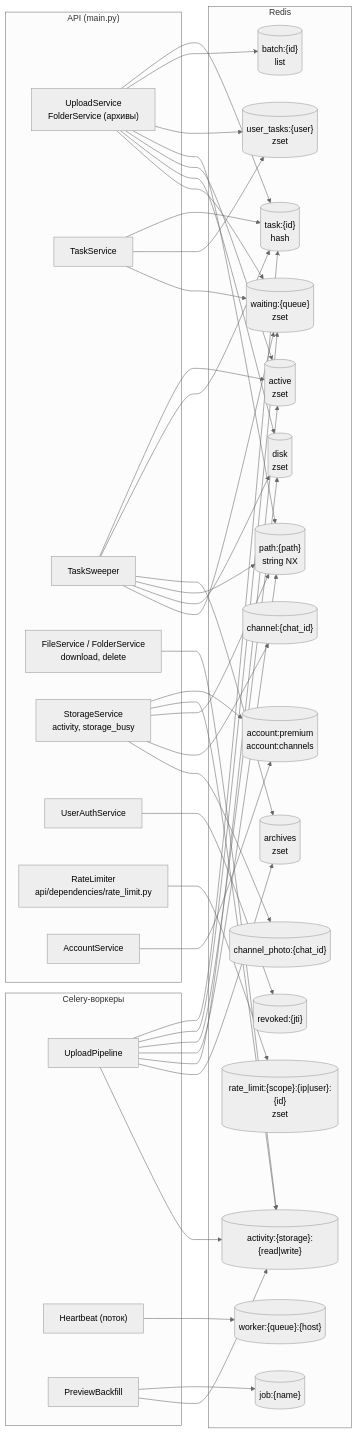
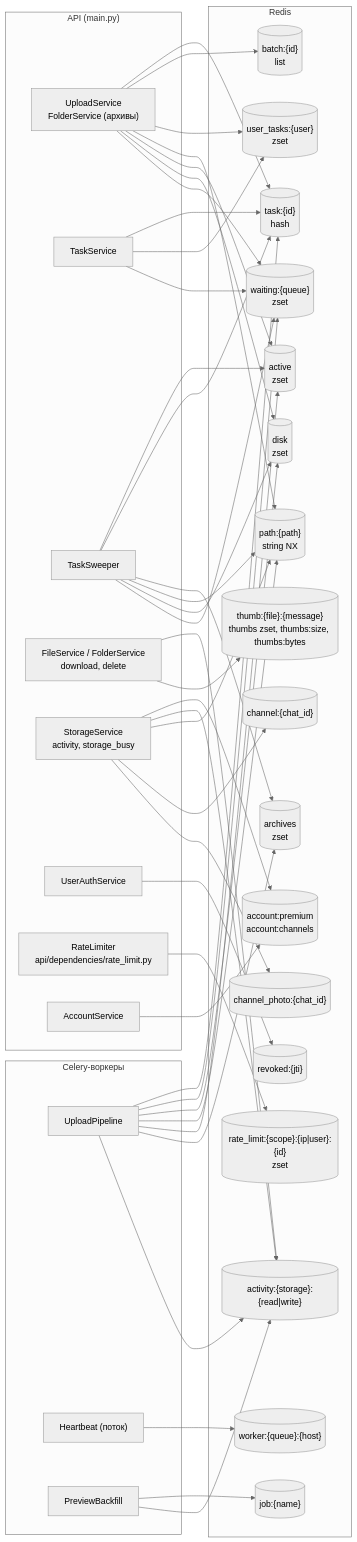
The diagram in docs/redis.md (NikitkaZXC/tcloud-backend), drawn with Mermaid (neutral theme) before and after one commit. The commit also changed other lines of this file and 9 other files, not shown here.

````diff
--- a/docs/redis.md
+++ b/docs/redis.md
@@ -11,48 +12,49 @@
 ```mermaid
 flowchart LR
     subgraph api["API (main.py)"]
         us["UploadService<br/>FolderService (архивы)"]
         ts["TaskService"]
         sw["TaskSweeper"]
         fs["FileService / FolderService<br/>download, delete"]
         ss["StorageService<br/>activity, storage_busy"]
         ua["UserAuthService"]
         rl["RateLimiter<br/>api/dependencies/rate_limit.py"]
         acs["AccountService"]
     end
     subgraph workers["Celery-воркеры"]
         pl["UploadPipeline"]
         hb["Heartbeat (поток)"]
         bf["PreviewBackfill"]
     end
     subgraph redis["Redis"]
         task[("task:{id}<br/>hash")]
         batch[("batch:{id}<br/>list")]
         owned[("user_tasks:{user}<br/>zset")]
         path[("path:{path}<br/>string NX")]
         active[("active<br/>zset")]
         disk[("disk<br/>zset")]
         waiting[("waiting:{queue}<br/>zset")]
         archives[("archives<br/>zset")]
         worker[("worker:{queue}:{host}")]
         activity[("activity:{storage}:{read|write}")]
         revoked[("revoked:{jti}")]
         rate[("rate_limit:{scope}:{ip|user}:{id}<br/>zset")]
         job[("job:{name}")]
         channel[("channel:{chat_id}")]
         photo[("channel_photo:{chat_id}")]
+        thumb[("thumb:{file}:{message}<br/>thumbs zset, thumbs:size, thumbs:bytes")]
         account[("account:premium<br/>account:channels")]
     end
     acs --> account
     ss --> account
     us --> task & batch & owned & path & active & disk & waiting
     ts --> task & owned & waiting
     sw --> active & task & archives & path & disk & waiting
     pl --> task & waiting & disk & path & active & archives & activity
     bf --> job & activity
     hb --> worker
-    fs --> activity
+    fs --> activity & thumb
     ss --> activity & path & channel & photo
     ua --> revoked
     rl --> rate
 ```
````
